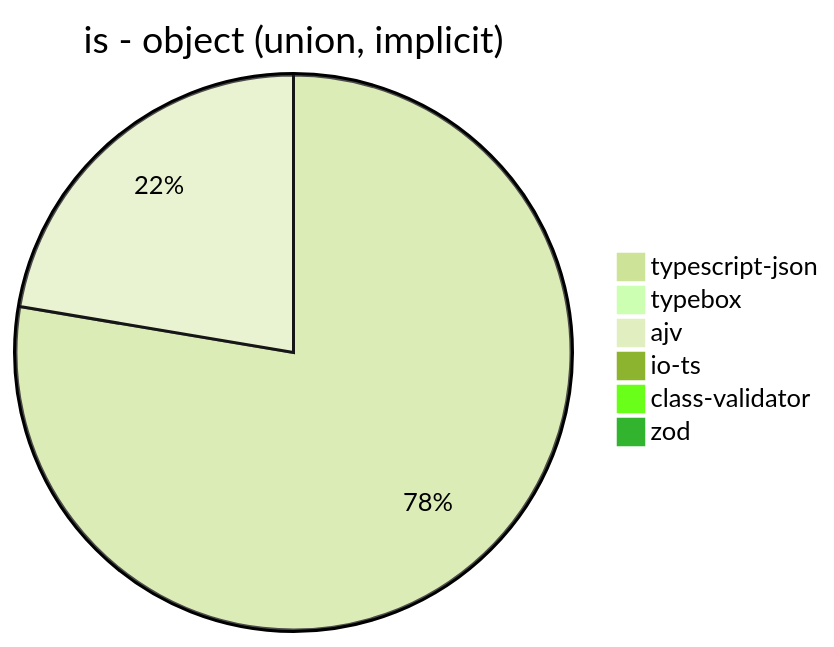
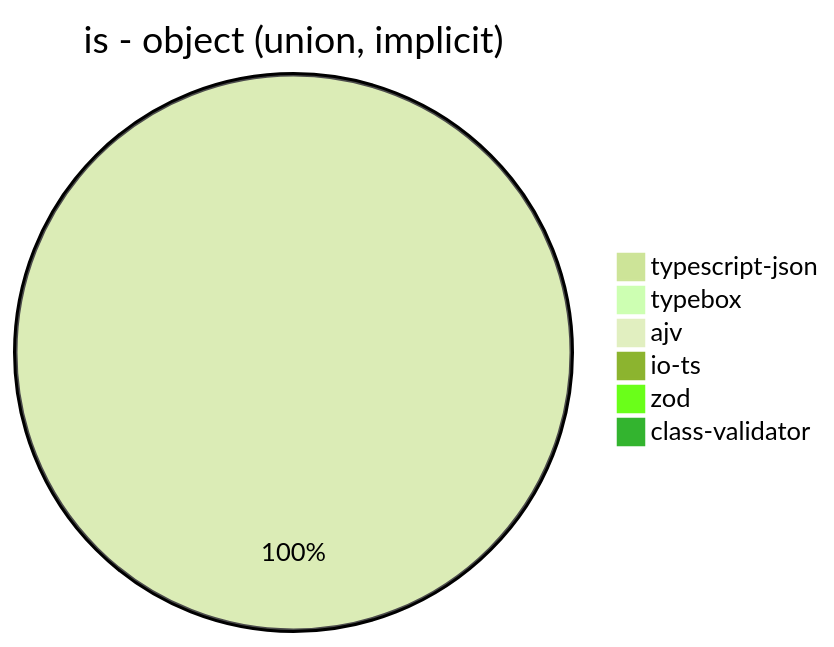
The fourth of 39 diagrams in benchmark/results/AMD Ryzen 7 5800H with Radeon Graphics.md (samchon/typia), drawn with Mermaid (forest theme) before and after one commit. The commit also changed other lines of this file and 3 other files, not shown here.

````diff
--- a/benchmark/results/AMD Ryzen 7 5800H with Radeon Graphics.md
+++ b/benchmark/results/AMD Ryzen 7 5800H with Radeon Graphics.md
@@ -54,9 +54,9 @@
 ```mermaid
 pie title is - object (union, implicit)
-  "typescript-json": 14319.751507399964
+  "typescript-json": 12603.480192521289
   "typebox": 0
-  "ajv": 4122.382671480144
+  "ajv": 0
   "io-ts": 0
-  "class-validator": 15.39032078620434
-  "zod": 18.78021569356638
+  "zod": 18.867924528301888
+  "class-validator": 13.721490821435195
 ```
````
